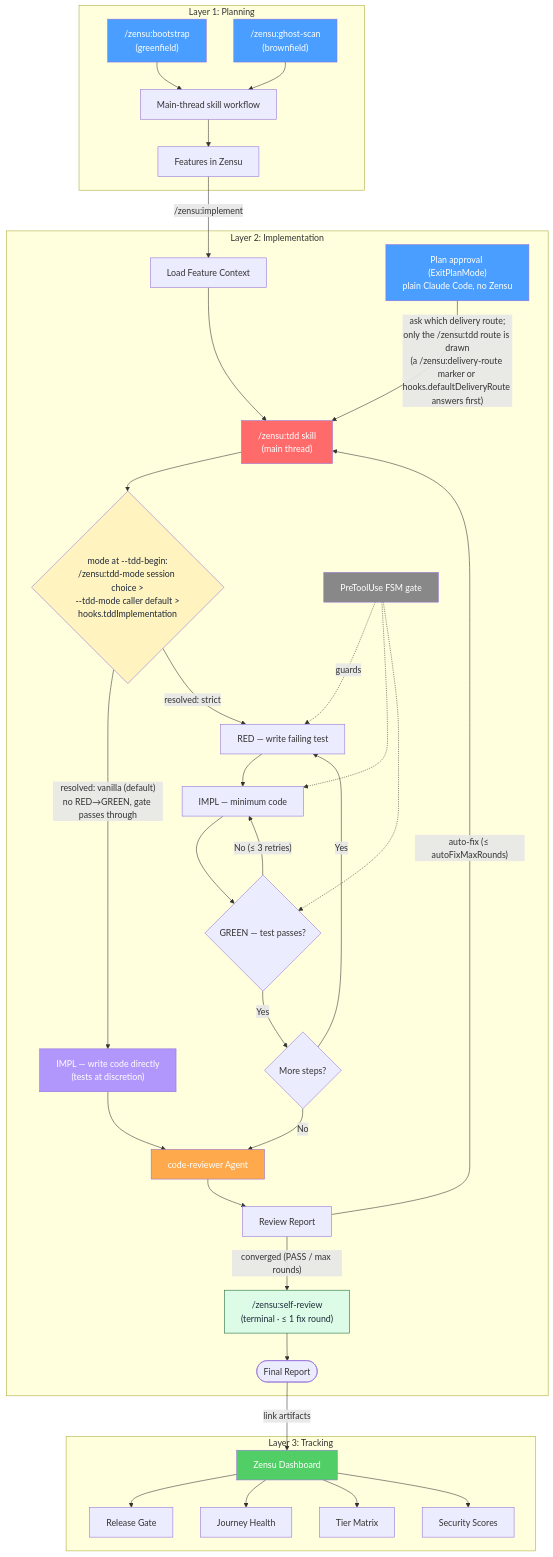
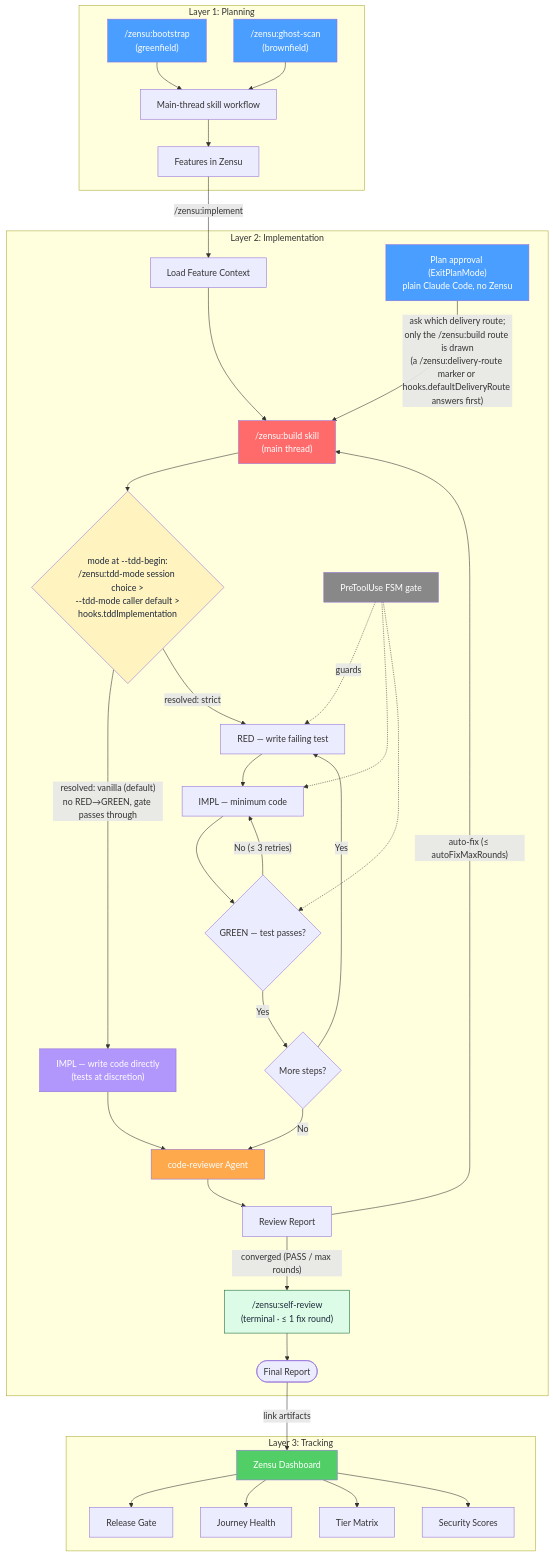
The diagram in docs/architecture.md (MKITConsulting/zensu-claude-code), drawn with Mermaid before and after one commit. The commit also changed other lines of this file and 244 other files, not shown here.

````diff
--- a/docs/architecture.md
+++ b/docs/architecture.md
@@ -32,50 +32,50 @@
 ```mermaid
 flowchart TD
     subgraph Planning["Layer 1: Planning"]
         A1["/zensu:bootstrap<br/>(greenfield)"] --> B["Main-thread skill workflow"]
         A2["/zensu:ghost-scan<br/>(brownfield)"] --> B
         B --> C["Features in Zensu"]
     end
 
     subgraph Implementation["Layer 2: Implementation"]
         C -->|"/zensu:implement"| D["Load Feature Context"]
-        PLAIN["Plan approval (ExitPlanMode)<br/>plain Claude Code, no Zensu"] -->|"ask which delivery route;<br/>only the /zensu:tdd route is drawn<br/>(a /zensu:delivery-route marker or hooks.defaultDeliveryRoute answers first)"| E
-        D --> E["/zensu:tdd skill<br/>(main thread)"]
+        PLAIN["Plan approval (ExitPlanMode)<br/>plain Claude Code, no Zensu"] -->|"ask which delivery route;<br/>only the /zensu:build route is drawn<br/>(a /zensu:delivery-route marker or hooks.defaultDeliveryRoute answers first)"| E
+        D --> E["/zensu:build skill<br/>(main thread)"]
         E --> MODE{"mode at --tdd-begin:<br/>/zensu:tdd-mode session choice ><br/>--tdd-mode caller default ><br/>hooks.tddImplementation"}
         MODE -->|"resolved: vanilla (default)<br/>no RED→GREEN, gate passes through"| VAN["IMPL — write code directly<br/>(tests at discretion)"]
         MODE -->|"resolved: strict"| RED["RED — write failing test"]
         VAN --> K
         RED --> IMPL["IMPL — minimum code"]
         IMPL --> GREEN{"GREEN — test passes?"}
         GREEN -->|"No (≤ 3 retries)"| IMPL
         GREEN -->|"Yes"| NEXT{"More steps?"}
         NEXT -->|"Yes"| RED
         NEXT -->|"No"| K["code-reviewer Agent"]
         K --> L["Review Report"]
         L -->|"auto-fix (≤ autoFixMaxRounds)"| E
         L -->|"converged (PASS / max rounds)"| SR["/zensu:self-review<br/>(terminal · ≤ 1 fix round)"]
         SR --> FR(["Final Report"])
         GATE["PreToolUse FSM gate"] -.guards.-> RED
         GATE -.-> IMPL
         GATE -.-> GREEN
     end
 
     subgraph Tracking["Layer 3: Tracking"]
         FR -->|"link artifacts"| M["Zensu Dashboard"]
         M --> Q["Release Gate"]
         M --> P["Journey Health"]
         M --> O["Tier Matrix"]
         M --> N["Security Scores"]
     end
 
     style A1 fill:#4a9eff,color:#fff
     style A2 fill:#4a9eff,color:#fff
     style PLAIN fill:#4a9eff,color:#fff
     style E fill:#ff6b6b,color:#fff
     style MODE fill:#fff3bf,color:#1e293b
     style VAN fill:#b197fc,color:#fff
     style GATE fill:#888,color:#fff
     style K fill:#ffa94d,color:#fff
     style SR fill:#dcfce7,stroke:#166534,color:#1e293b
     style M fill:#51cf66,color:#fff
 ```
````
